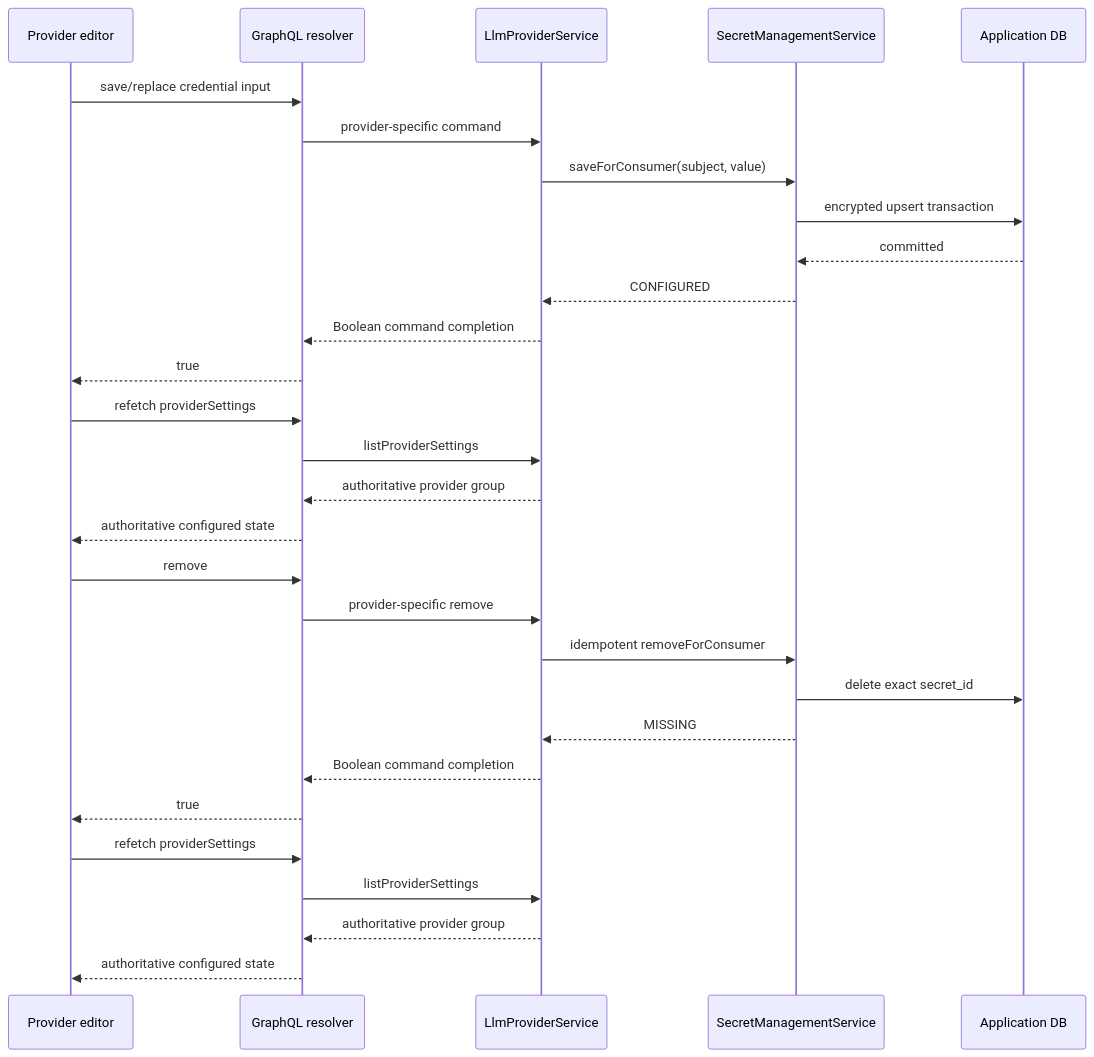
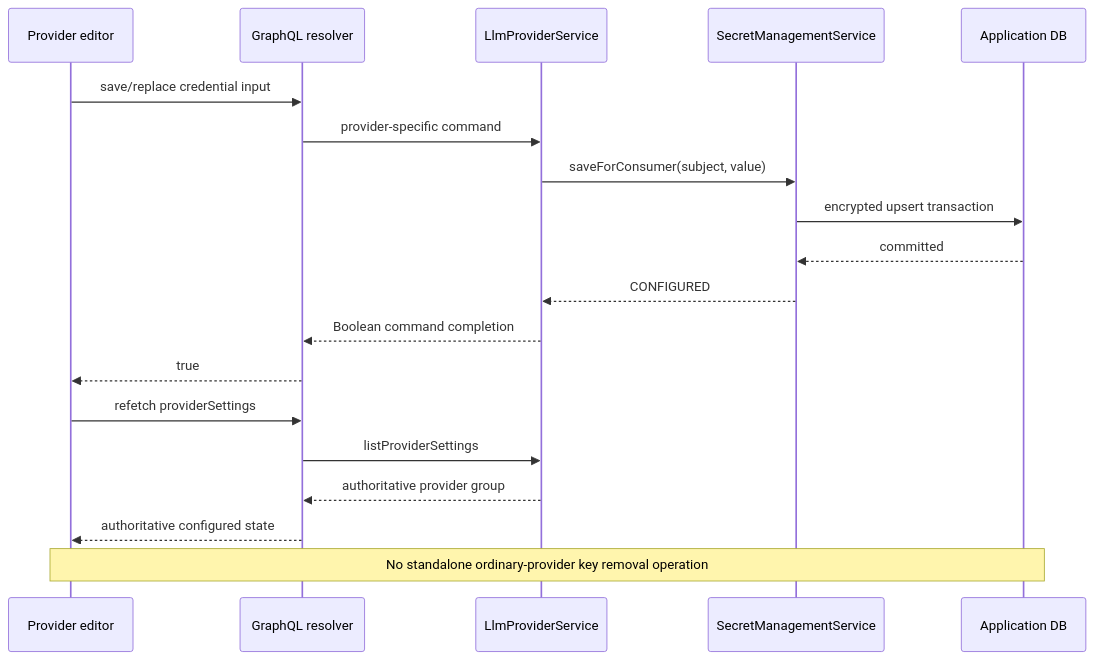
The ninth of 14 diagrams in tickets/in-progress/secure-centralized-secret-provisioning/secret-storage-architecture.md (AutoByteus/autobyteus-workspace), drawn with Mermaid before and after one commit. The commit also changed other lines of this file and 121 other files, not shown here.

````diff
--- a/tickets/in-progress/secure-centralized-secret-provisioning/secret-storage-architecture.md
+++ b/tickets/in-progress/secure-centralized-secret-provisioning/secret-storage-architecture.md
@@ -260,33 +260,23 @@
 ```mermaid
 sequenceDiagram
   participant UI as Provider editor
   participant GQL as GraphQL resolver
   participant Owner as LlmProviderService
   participant Secret as SecretManagementService
   participant DB as Application DB
 
   UI->>GQL: save/replace credential input
   GQL->>Owner: provider-specific command
   Owner->>Secret: saveForConsumer(subject, value)
   Secret->>DB: encrypted upsert transaction
   DB-->>Secret: committed
   Secret-->>Owner: CONFIGURED
   Owner-->>GQL: Boolean command completion
   GQL-->>UI: true
   UI->>GQL: refetch providerSettings
   GQL->>Owner: listProviderSettings
   Owner-->>GQL: authoritative provider group
   GQL-->>UI: authoritative configured state
 
-  UI->>GQL: remove
-  GQL->>Owner: provider-specific remove
-  Owner->>Secret: idempotent removeForConsumer
-  Secret->>DB: delete exact secret_id
-  Secret-->>Owner: MISSING
-  Owner-->>GQL: Boolean command completion
-  GQL-->>UI: true
-  UI->>GQL: refetch providerSettings
-  GQL->>Owner: listProviderSettings
-  Owner-->>GQL: authoritative provider group
-  GQL-->>UI: authoritative configured state
+  Note over UI,DB: No standalone ordinary-provider key removal operation
 ```
````
